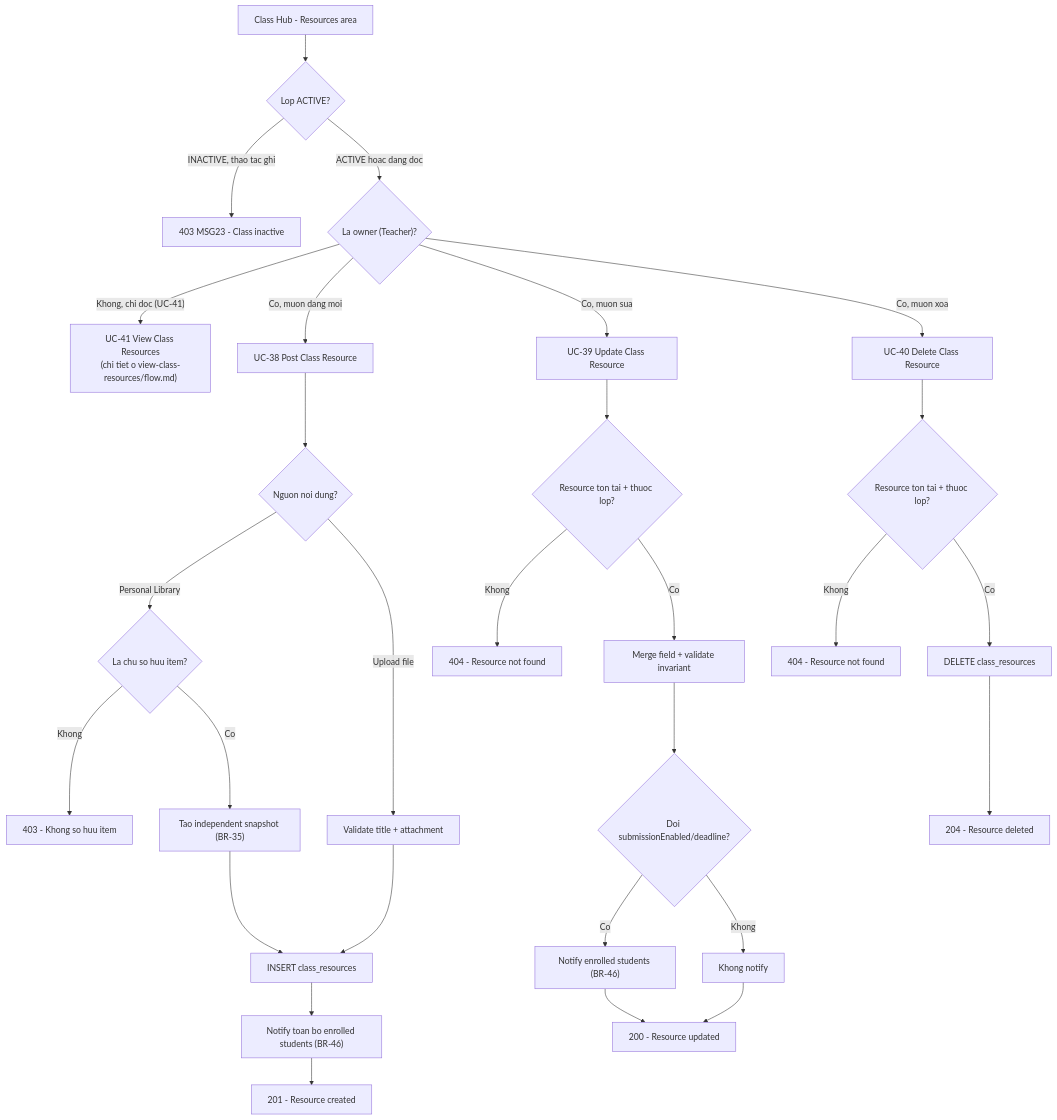
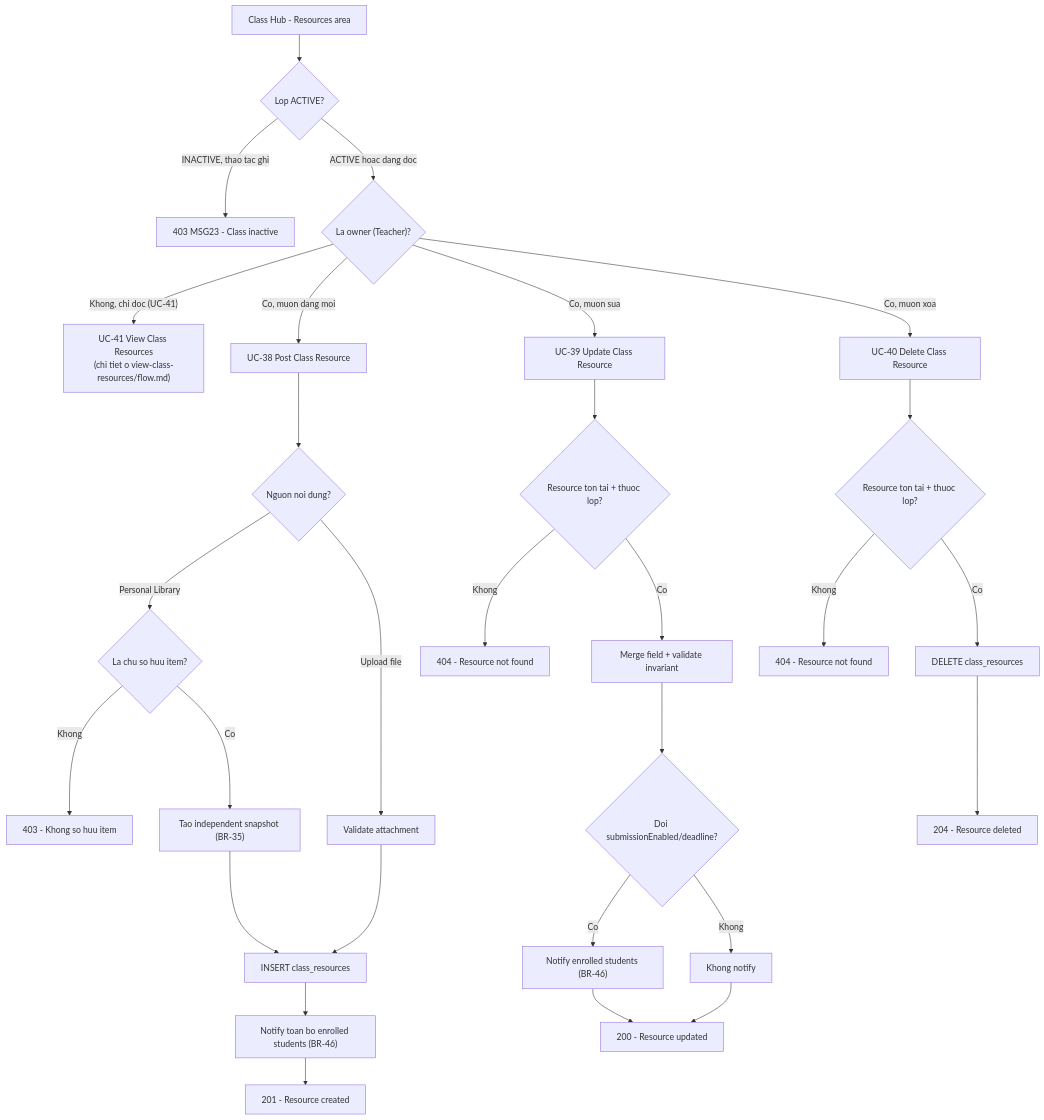
Before and after one commit to EduA-system/EduA-system: the diagram in designs/manage-class-resources/flow.md, drawn with Mermaid. The commit also changed other lines of this file and 4 other files, not shown here.

````diff
--- a/designs/manage-class-resources/flow.md
+++ b/designs/manage-class-resources/flow.md
@@ -164,36 +166,36 @@
 ```mermaid
 flowchart TD
     hub["Class Hub - Resources area"] --> checkActive{"Lop ACTIVE?"}
 
     checkActive -- "INACTIVE, thao tac ghi" --> blocked403["403 MSG23 - Class inactive"]
     checkActive -- "ACTIVE hoac dang doc" --> ownerCheck{"La owner (Teacher)?"}
 
     ownerCheck -- "Khong, chi doc (UC-41)" --> viewFlow["UC-41 View Class Resources\n(chi tiet o view-class-resources/flow.md)"]
 
     ownerCheck -- "Co, muon dang moi" --> postAction["UC-38 Post Class Resource"]
     postAction --> sourceChoice{"Nguon noi dung?"}
     sourceChoice -- "Personal Library" --> checkLibOwner{"La chu so huu item?"}
     checkLibOwner -- "Khong" --> forbiddenLib403["403 - Khong so huu item"]
     checkLibOwner -- "Co" --> snapshot["Tao independent snapshot (BR-35)"]
-    sourceChoice -- "Upload file" --> uploadFile["Validate title + attachment"]
+    sourceChoice -- "Upload file" --> uploadFile["Validate attachment"]
     snapshot --> insertResource["INSERT class_resources"]
     uploadFile --> insertResource
     insertResource --> notifyAll["Notify toan bo enrolled students (BR-46)"]
     notifyAll --> posted201["201 - Resource created"]
 
     ownerCheck -- "Co, muon sua" --> updateAction["UC-39 Update Class Resource"]
     updateAction --> loadResource1{"Resource ton tai + thuoc lop?"}
     loadResource1 -- "Khong" --> notFound404a["404 - Resource not found"]
     loadResource1 -- "Co" --> mergeFields["Merge field + validate invariant"]
     mergeFields --> assignmentChanged{"Doi submissionEnabled/deadline?"}
     assignmentChanged -- "Co" --> notifyChange["Notify enrolled students (BR-46)"]
     assignmentChanged -- "Khong" --> skipNotify["Khong notify"]
     notifyChange --> updated200["200 - Resource updated"]
     skipNotify --> updated200
 
     ownerCheck -- "Co, muon xoa" --> deleteAction["UC-40 Delete Class Resource"]
     deleteAction --> loadResource2{"Resource ton tai + thuoc lop?"}
     loadResource2 -- "Khong" --> notFound404b["404 - Resource not found"]
     loadResource2 -- "Co" --> deleteRow["DELETE class_resources"]
     deleteRow --> deleted204["204 - Resource deleted"]
 ```
````
